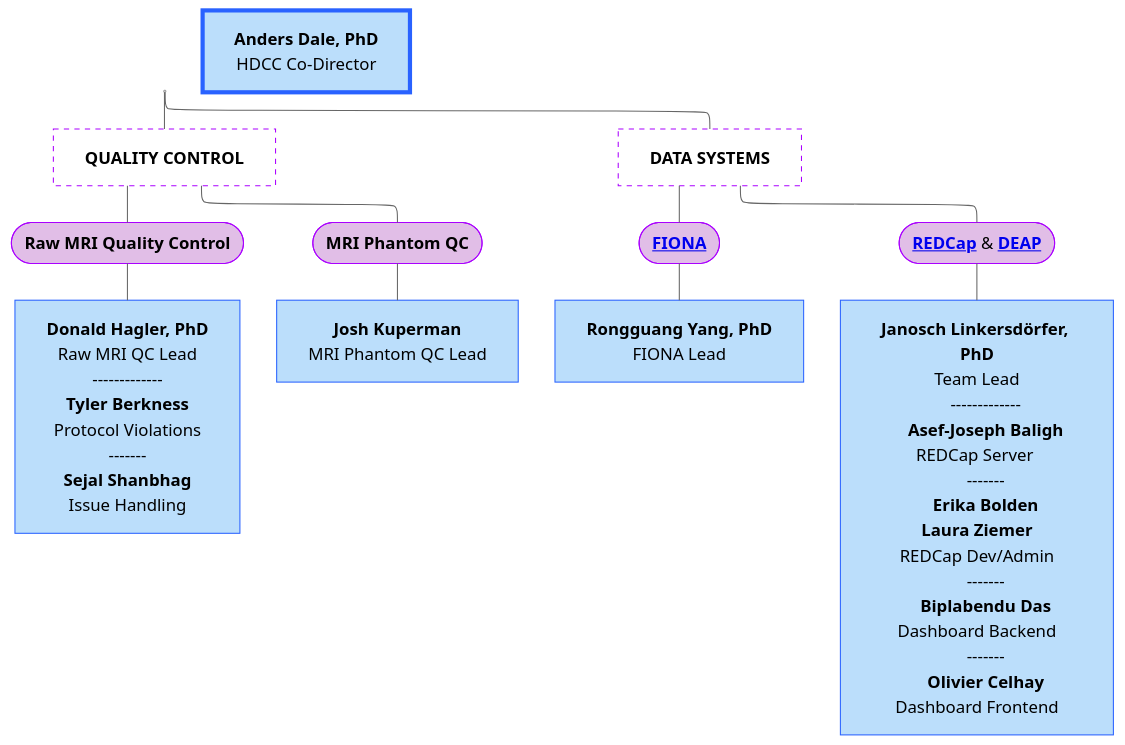
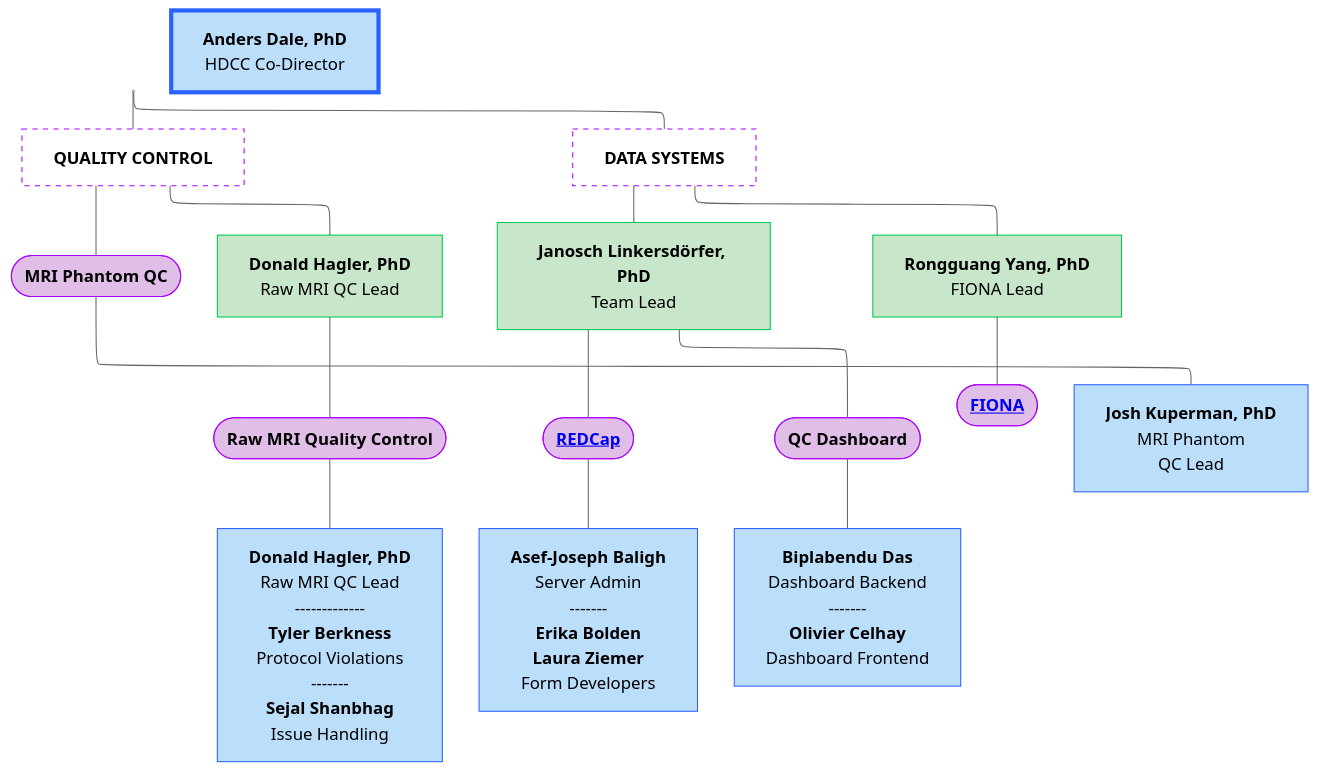
Before and after one commit to DCAN-Labs/hbcd-docs-internal: the diagram in docs/orgcharts/mermaid/jcvi.mmd, drawn with Mermaid (neutral theme). The commit also changed 2 other files, not shown here.

```diff
--- a/docs/orgcharts/mermaid/jcvi.mmd
+++ b/docs/orgcharts/mermaid/jcvi.mmd
@@ -1,42 +1,45 @@
 ---
 config:
   layout: elk
 ---
 flowchart TB
     A["<b>Anders Dale, PhD</b><br>PI / Director"] --- QC["<b>QUALITY CONTROL</b>"] & Systems["<b>DATA SYSTEMS</b>"]
-    QC --- n2(["<b>Raw MRI Quality Control</b>"]) & n3(["<b>MRI Phantom QC</b>"])
-    n2 --- n9["<b>Donald Hagler, PhD</b><br>Raw MRI QC Lead
+    QC --- n3(["<b>MRI Phantom QC</b>"]) & n16@{ label: "<span style=\"--tw-scale-x:\"><b>Donald Hagler, PhD</b></span><br style=\"--tw-scale-x:\"><span style=\"background-color:\">Raw MRI QC Lead</span>" }
+    n2(["<b>Raw MRI Quality Control</b>"]) --- n9["<b>Donald Hagler, PhD</b><br>Raw MRI QC Lead
     -------------
     <b>Tyler Berkness</b><br>Protocol Violations
     -------
     <b>Sejal Shanbhag</b><br>Issue Handling"]
-    n3 --- n10["<b>Josh Kuperman</b><br>MRI Phantom QC Lead"]
-    Systems --- z["<a href="../orgcharts/#fiona" target="_top"><b>FIONA</b></a>"]
-    Systems --- n6["<a href="../orgcharts/#redcap" target="_top"><b>REDCap</b></a> & <a href="../orgcharts/#deap"><b>DEAP</b></a>"]
-    z --- n8["<b>Rongguang Yang, PhD</b><br>FIONA Lead"]
-    n6 --- n4["<b>Janosch Linkersdörfer, PhD</b><br>Team Lead
-    -------------
-    <b>Asef-Joseph Baligh</b><br>REDCap Server 
-    -------
-    <b>Erika Bolden<br>Laura Ziemer</b><br>REDCap Dev/Admin
-    -------
-    <b>Biplabendu Das</b><br>Dashboard Backend
+    Systems --- n12@{ label: "<span style=\"--tw-scale-x:\"><b>Janosch Linkersdörfer, PhD<br></b>Team Lead</span>" } & n8["<b>Rongguang Yang, PhD</b><br>FIONA Lead"]
+    n6@{ label: "<a href=\"../orgcharts/#redcap\" target=\"_top\"><b>REDCap</b></a>" } --- n4["<b>Asef-Joseph Baligh</b><br>Server Admin<br>-------<br><b>Erika Bolden<br>Laura Ziemer</b><br>Form Developers"]
+    n12 --- n6 & n13(["<b>QC Dashboard</b>"])
+    n8 --- z@{ label: "<a href=\"../orgcharts/#fiona\" target=\"_top\"><b>FIONA</b></a>" }
+    n13 --- n15["<b>Biplabendu Das</b><br>Dashboard Backend
     -------
     <b>Olivier Celhay</b><br>Dashboard Frontend"]
+    n16 --- n2
+    n3 --- n10["<b>Josh Kuperman, PhD</b><br>MRI Phantom<br>QC Lead"]
     n11["<b>Anders Dale, PhD</b><br>HDCC Co-Director"]
     A@{ shape: anchor}
+    n16@{ shape: rect}
+    n12@{ shape: rect}
+    n6@{ shape: stadium}
     z@{ shape: stadium}
-    n6@{ shape: stadium}
+    n15@{ shape: rect}
     n11@{ shape: rect}
     style A fill:#BBDEFB,stroke:#2962FF
     style QC fill:#FFFFFF,stroke:#AA00FF,stroke-dasharray: 5 5
     style Systems fill:#ffffff,stroke:#AA00FF,stroke-dasharray: 5 5
+    style n3 fill:#E1BEE7,stroke:#AA00FF
+    style n16 fill:#C8E6C9,stroke:#00C853
     style n2 fill:#E1BEE7,stroke:#AA00FF
-    style n3 fill:#E1BEE7,stroke:#AA00FF
     style n9 fill:#BBDEFB,stroke:#2962FF
+    style n12 fill:#C8E6C9,stroke:#00C853
+    style n8 fill:#C8E6C9,stroke:#00C853
+    style n6 fill:#E1BEE7,stroke:#AA00FF
+    style n4 fill:#BBDEFB,stroke:#2962FF
+    style n13 fill:#E1BEE7,stroke:#AA00FF
+    style z fill:#E1BEE7,stroke:#AA00FF
+    style n15 fill:#BBDEFB,stroke:#2962FF
     style n10 fill:#BBDEFB,stroke:#2962FF
-    style z fill:#E1BEE7,stroke:#AA00FF
-    style n6 fill:#E1BEE7,stroke:#AA00FF
-    style n8 fill:#BBDEFB,stroke:#2962FF
-    style n4 fill:#BBDEFB,stroke:#2962FF
     style n11 fill:#BBDEFB,stroke:#2962FF,stroke-width:4px
```
